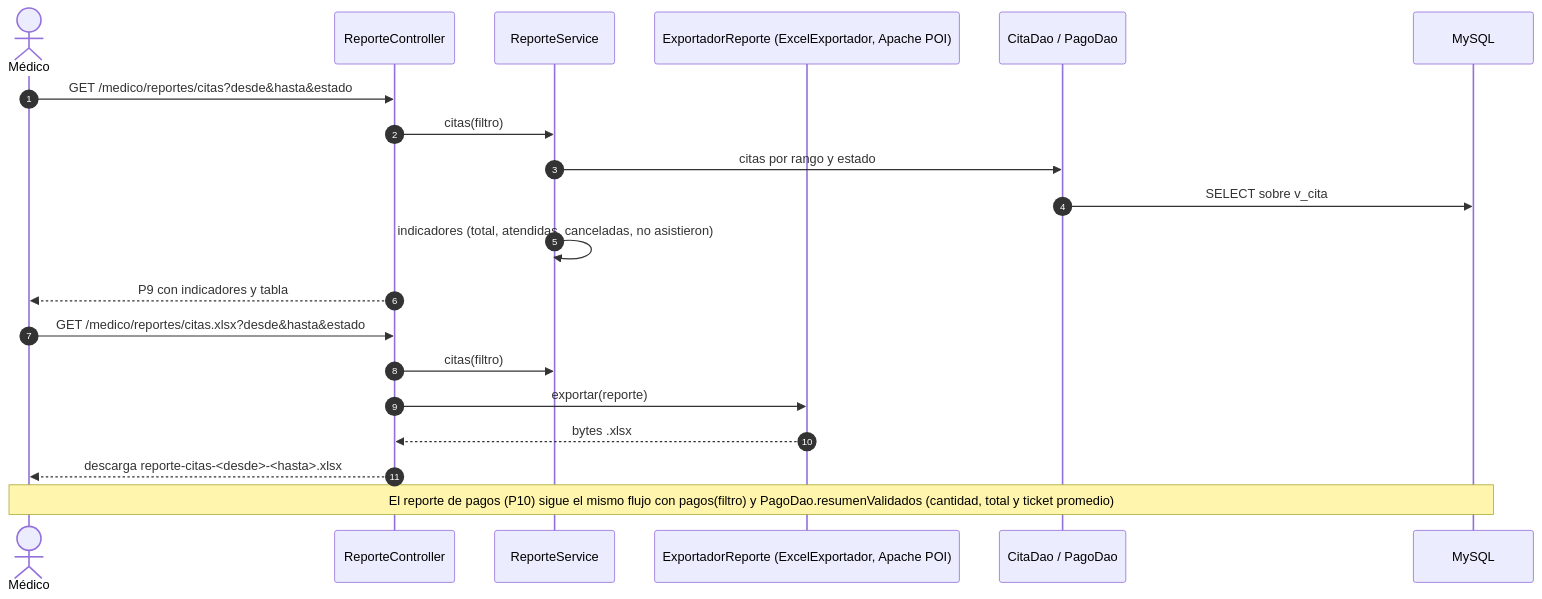
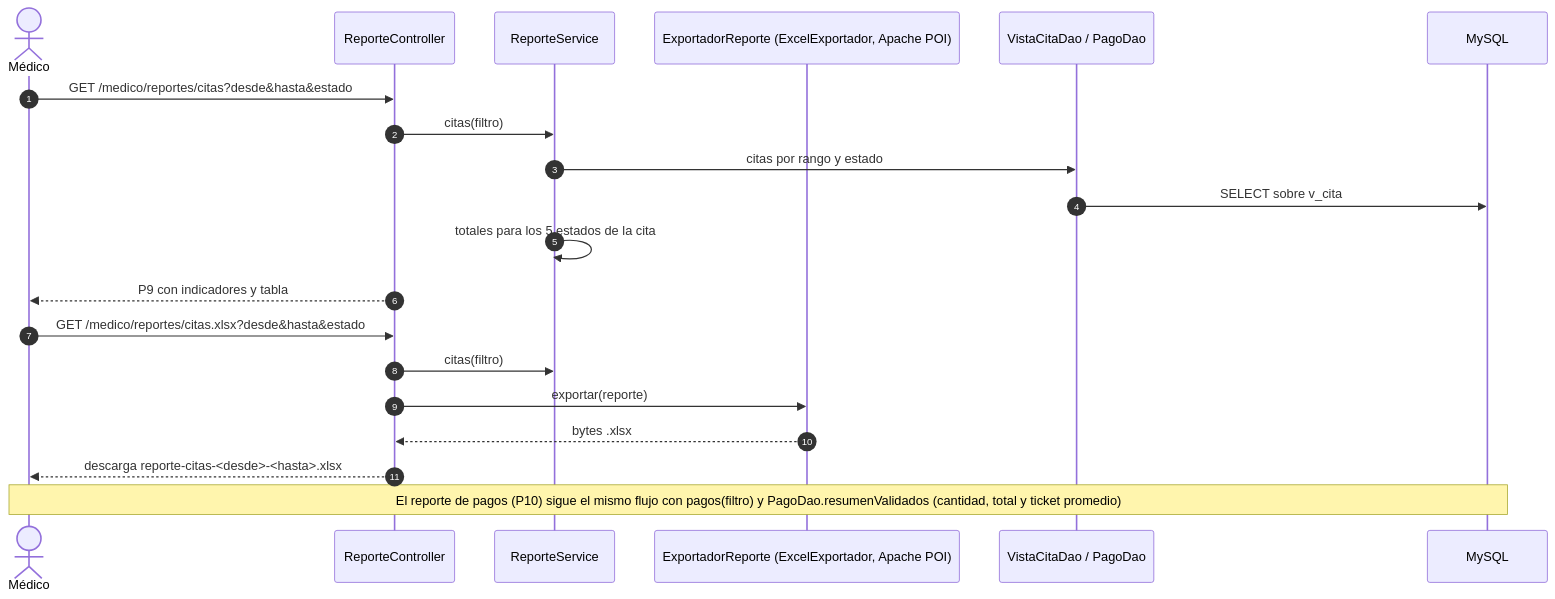
One commit to manuelguarniz/medifast changed the ninth of 12 diagrams in README.md. Above: the diagram before and after it, drawn with Mermaid. The commit also changed other lines of this file and 16 other files, not shown here.

````diff
--- a/README.md
+++ b/README.md
@@ -639,25 +639,25 @@
 ```mermaid
 sequenceDiagram
     autonumber
     actor Med as Médico
     participant C as ReporteController
     participant R as ReporteService
     participant E as ExportadorReporte (ExcelExportador, Apache POI)
-    participant D as CitaDao / PagoDao
+    participant D as VistaCitaDao / PagoDao
     participant DB as MySQL
 
     Med->>C: GET /medico/reportes/citas?desde&hasta&estado
     C->>R: citas(filtro)
     R->>D: citas por rango y estado
     D->>DB: SELECT sobre v_cita
-    R->>R: indicadores (total, atendidas, canceladas, no asistieron)
+    R->>R: totales para los 5 estados de la cita
     C-->>Med: P9 con indicadores y tabla
 
     Med->>C: GET /medico/reportes/citas.xlsx?desde&hasta&estado
     C->>R: citas(filtro)
     C->>E: exportar(reporte)
     E-->>C: bytes .xlsx
     C-->>Med: descarga reporte-citas-<desde>-<hasta>.xlsx
 
     Note over Med,DB: El reporte de pagos (P10) sigue el mismo flujo con pagos(filtro) y PagoDao.resumenValidados (cantidad, total y ticket promedio)
 ```
````
